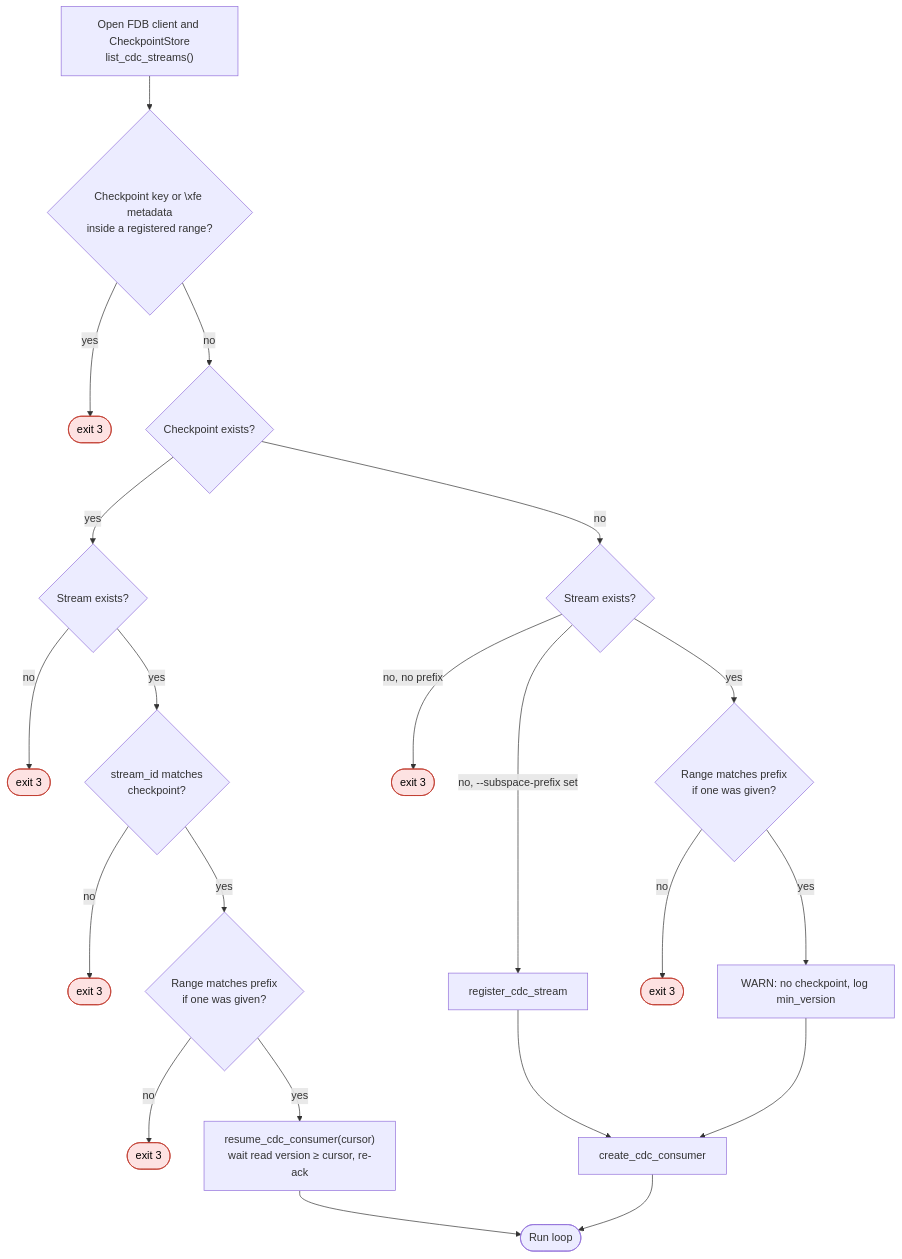
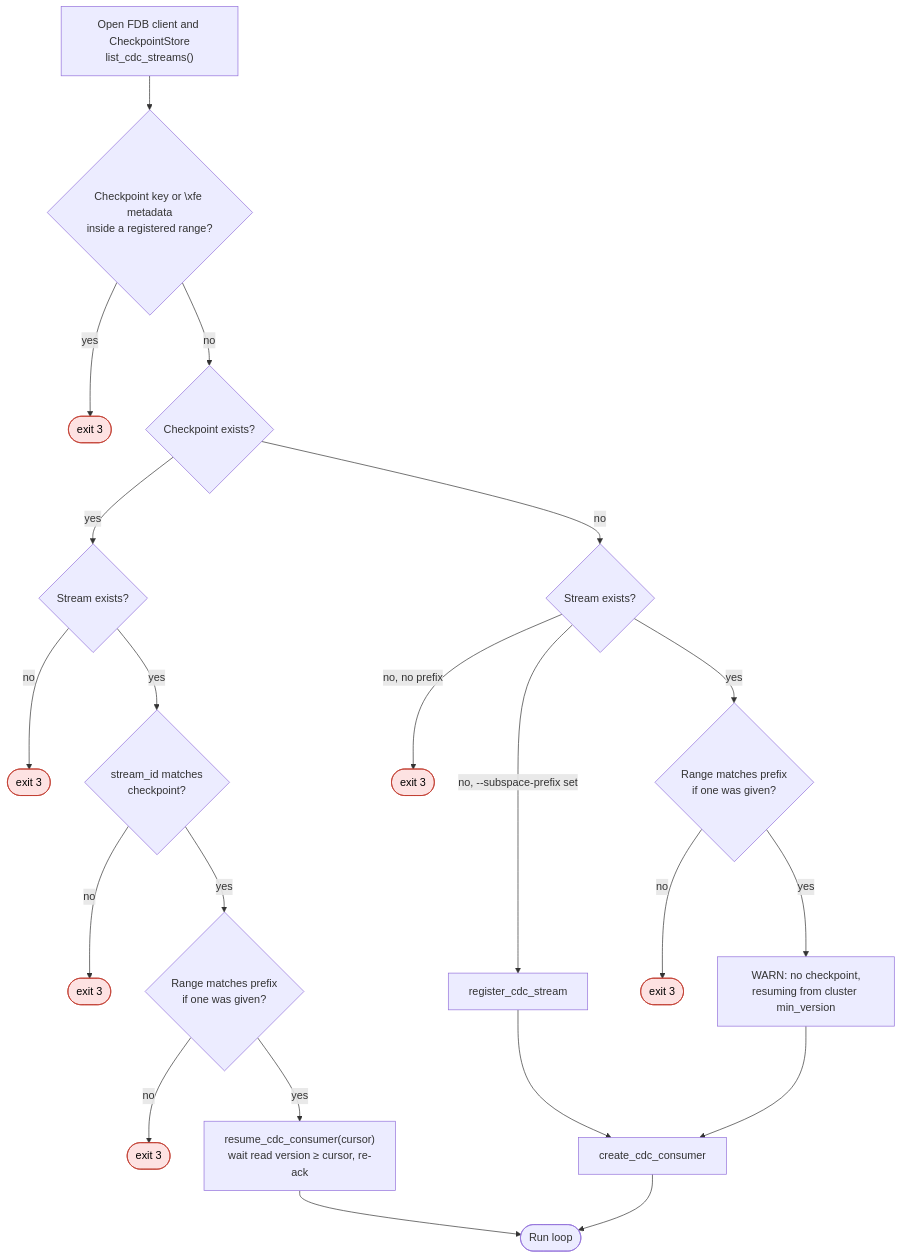
Before and after one commit to Ronitsabhaya75/Kafka-FDB-Streamline: the second of 3 diagrams in docs/CHECKPOINT-SPEC.md, drawn with Mermaid. The commit also changed other lines of this file and 1 other file, not shown here.

````diff
--- a/docs/CHECKPOINT-SPEC.md
+++ b/docs/CHECKPOINT-SPEC.md
@@ -57,29 +98,29 @@
 ```mermaid
 flowchart TD
     OPEN["Open FDB client and CheckpointStore<br/>list_cdc_streams()"] --> OVL{"Checkpoint key or \xfe metadata<br/>inside a registered range?"}
     OVL -- yes --> E1(["exit 3"])
     OVL -- no --> HAS{"Checkpoint exists?"}
 
     HAS -- yes --> CEX{"Stream exists?"}
     CEX -- no --> E2(["exit 3"])
     CEX -- yes --> SID{"stream_id matches<br/>checkpoint?"}
     SID -- no --> E3(["exit 3"])
     SID -- yes --> RNG2{"Range matches prefix<br/>if one was given?"}
     RNG2 -- no --> E4(["exit 3"])
     RNG2 -- yes --> RES["resume_cdc_consumer(cursor)<br/>wait read version ≥ cursor, re-ack"]
 
     HAS -- no --> SEX{"Stream exists?"}
     SEX -- "no, no prefix" --> E5(["exit 3"])
     SEX -- "no, --subspace-prefix set" --> REG["register_cdc_stream"]
     SEX -- yes --> RNG1{"Range matches prefix<br/>if one was given?"}
     RNG1 -- no --> E6(["exit 3"])
-    RNG1 -- yes --> WARN["WARN: no checkpoint, log min_version"]
+    RNG1 -- yes --> WARN["WARN: no checkpoint,<br/>resuming from cluster min_version"]
     REG --> FRESH["create_cdc_consumer"]
     WARN --> FRESH
 
     RES --> LOOP(["Run loop"])
     FRESH --> LOOP
 
     classDef fatal fill:#fde2e2,stroke:#c0392b,color:#000
     class E1,E2,E3,E4,E5,E6 fatal
 ```
````
